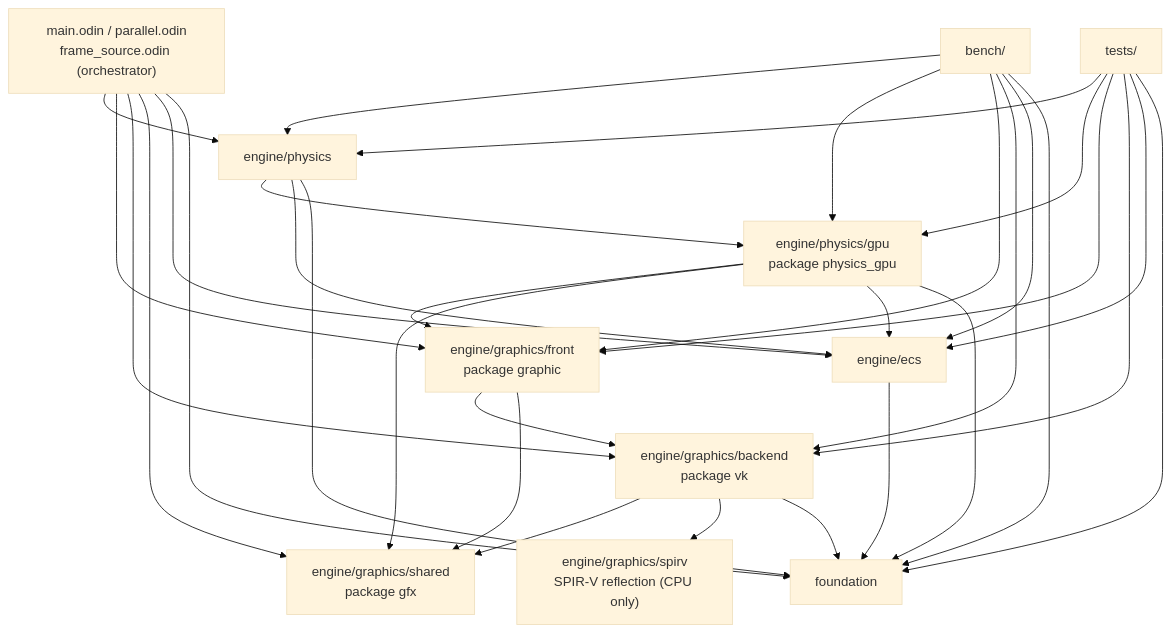
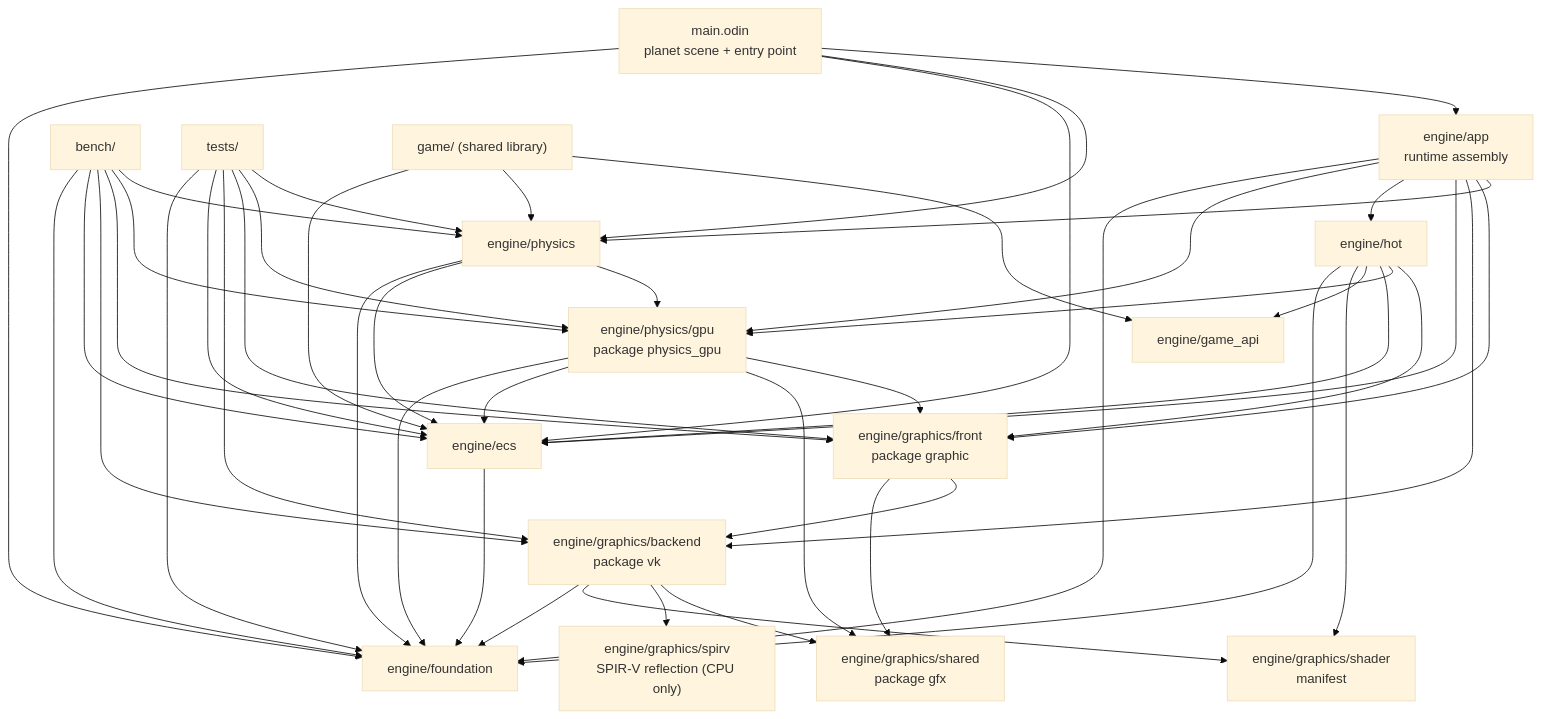
The second of 7 diagrams in docs/architecture.md (TanukiConDos/Gravity-Simulator), drawn with Mermaid (base theme) before and after one commit. The commit also changed other lines of this file and 56 other files, not shown here.

First line of the commit message:
feat(engine): add hot reload and extract app runtime

````diff
--- a/docs/architecture.md
+++ b/docs/architecture.md
@@ -38,47 +38,67 @@
 ```mermaid
 flowchart TD
-    main["main.odin / parallel.odin<br/>frame_source.odin (orchestrator)"]
+    main["main.odin<br/>planet scene + entry point"]
+    app["engine/app<br/>runtime assembly"]
     bench["bench/"]
     tests["tests/"]
+    game["game/ (shared library)"]
     front["engine/graphics/front<br/>package graphic"]
     backend["engine/graphics/backend<br/>package vk"]
     shared["engine/graphics/shared<br/>package gfx"]
     pgpu["engine/physics/gpu<br/>package physics_gpu"]
     spirv["engine/graphics/spirv<br/>SPIR-V reflection (CPU only)"]
+    shader["engine/graphics/shader<br/>manifest"]
     physics["engine/physics"]
     ecs["engine/ecs"]
-    foundation["foundation"]
+    hot["engine/hot"]
+    gapi["engine/game_api"]
+    foundation["engine/foundation"]
 
+    main --> app
     main --> physics
-    main --> front
-    main --> backend
-    main --> shared
     main --> ecs
     main --> foundation
+    app --> physics
+    app --> front
+    app --> backend
+    app --> ecs
+    app --> hot
+    app --> pgpu
+    app --> foundation
+    hot --> front
+    hot --> pgpu
+    hot --> ecs
+    hot --> gapi
+    hot --> shader
+    hot --> foundation
+    game --> gapi
+    game --> physics
+    game --> ecs
     bench --> physics
     bench --> pgpu
     bench --> front
     bench --> backend
     bench --> ecs
     bench --> foundation
     tests --> physics
     tests --> pgpu
     tests --> front
     tests --> backend
     tests --> ecs
     tests --> foundation
 
     physics --> pgpu
     pgpu --> front
     pgpu --> shared
     front --> backend
     front --> shared
     backend --> shared
     backend --> spirv
+    backend --> shader
     backend --> foundation
     pgpu --> ecs
     pgpu --> foundation
     physics --> ecs
     physics --> foundation
     ecs --> foundation
 ```
````
